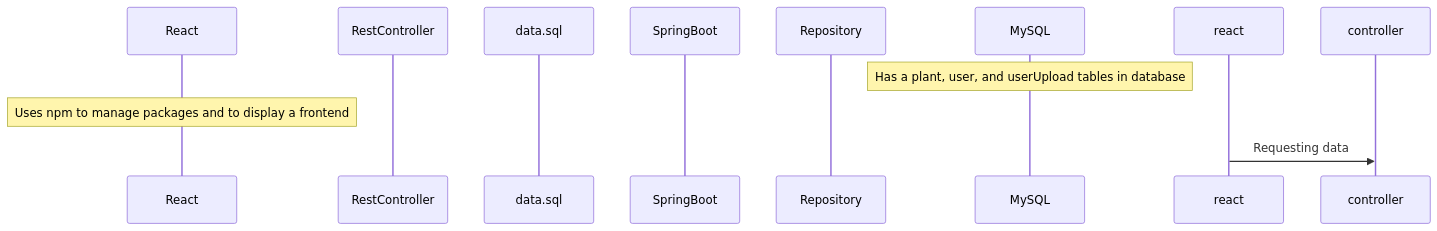
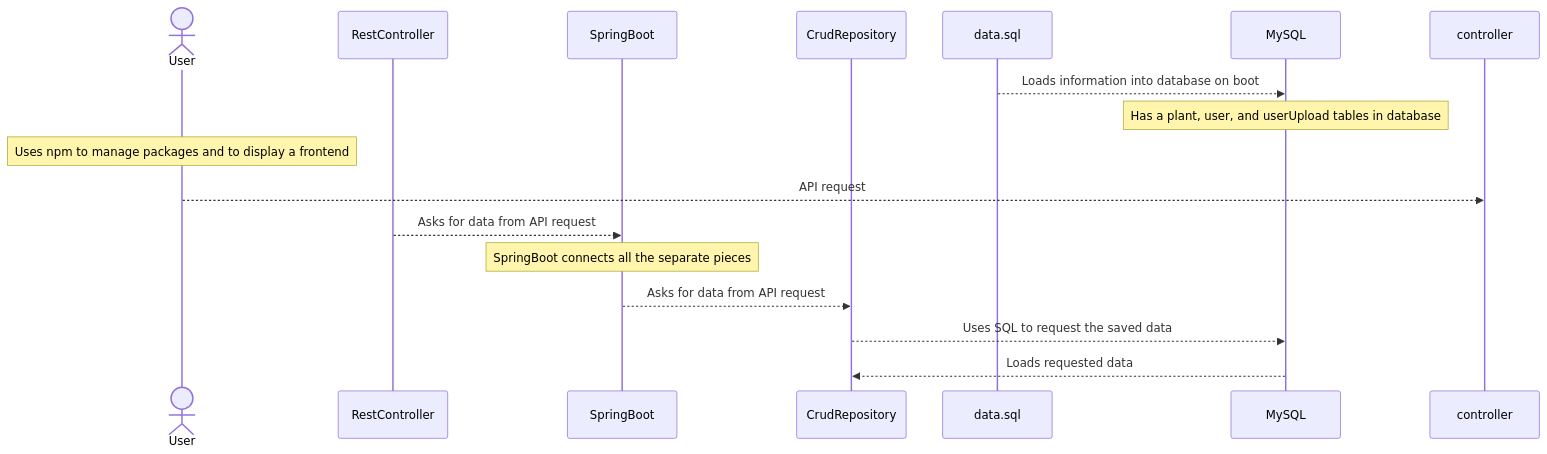
Before and after one commit to dawsonblack/UIP: the diagram in README.md, drawn with Mermaid.

````diff
--- a/README.md
+++ b/README.md
@@ -69,15 +69,24 @@
 ``` mermaid
 sequenceDiagram
 
-participant React
+actor User
 participant RestController
+participant SpringBoot
+participant CrudRepository
 participant data.sql
-participant SpringBoot
-participant Repository
 participant MySQL
 
+data.sql -->> MySQL: Loads information into database on boot
 note over MySQL: Has a plant, user, and userUpload tables in database
-note over React: Uses npm to manage packages and to display a frontend
+note over User: Uses npm to manage packages and to display a frontend
 
-react ->> controller: Requesting data
+User -->> controller: API request
+RestController -->> SpringBoot: Asks for data from API request
+note over SpringBoot: SpringBoot connects all the separate pieces
+
+SpringBoot -->> CrudRepository: Asks for data from API request
+CrudRepository -->> MySQL: Uses SQL to request the saved data
+
+MySQL -->> CrudRepository: Loads requested data
+
 ```
````
